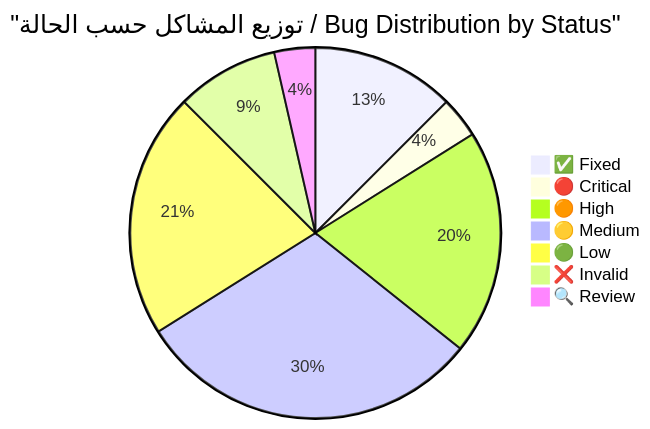
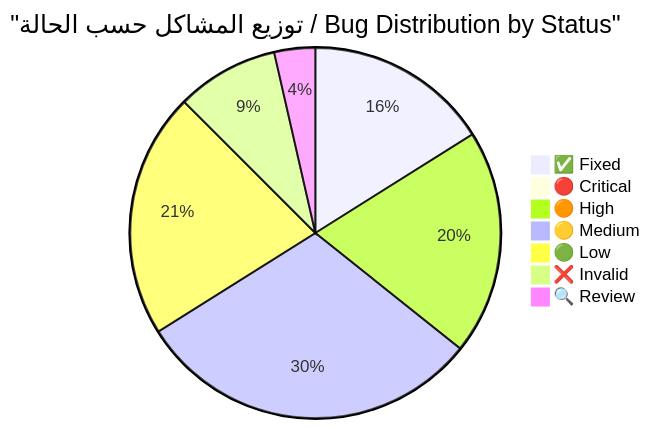
The first of 5 diagrams in docs/reports/COMPLETE_BUG_VERIFICATION_REPORT_NEW.md (olevar2/Auj6), drawn with Mermaid before and after one commit. The commit also changed other lines of this file and 7 other files, not shown here.

````diff
--- a/docs/reports/COMPLETE_BUG_VERIFICATION_REPORT_NEW.md
+++ b/docs/reports/COMPLETE_BUG_VERIFICATION_REPORT_NEW.md
@@ -16,10 +16,10 @@
 ```mermaid
 pie title "توزيع المشاكل حسب الحالة / Bug Distribution by Status"
-    "✅ Fixed" : 7
-    "🔴 Critical" : 2
+    "✅ Fixed" : 9
+    "🔴 Critical" : 0
     "🟠 High" : 11
     "🟡 Medium" : 17
     "🟢 Low" : 12
     "❌ Invalid" : 5
     "🔍 Review" : 2
 ```
````
